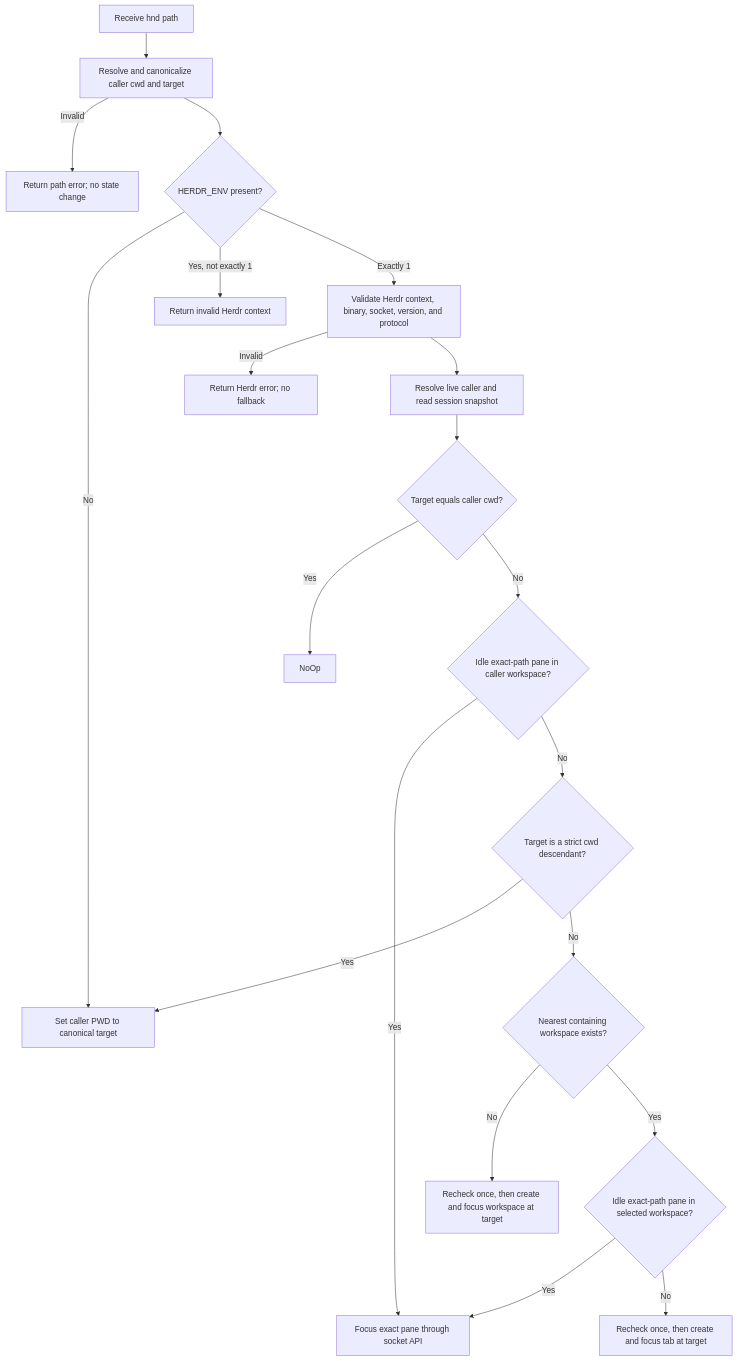
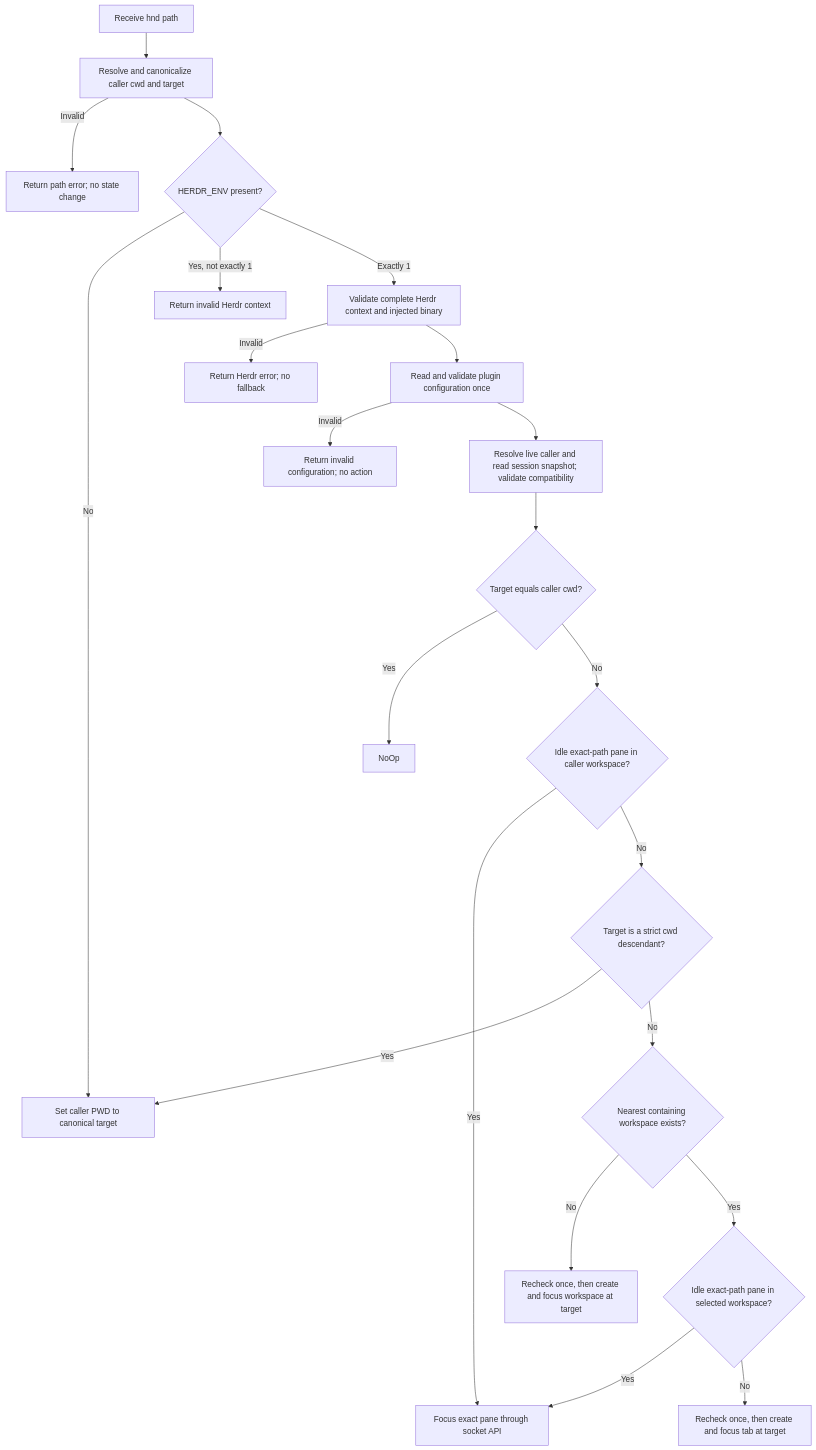
Before and after one commit to chuang861012/nu_herdr_navigate_directory: the diagram in docs/system-design.md, drawn with Mermaid. The commit also changed other lines of this file and 12 other files, not shown here.

````diff
--- a/docs/system-design.md
+++ b/docs/system-design.md
@@ -347,22 +396,24 @@
 ```mermaid
 flowchart TD
     A[Receive hnd path] --> B[Resolve and canonicalize caller cwd and target]
     B -->|Invalid| E1[Return path error; no state change]
     B --> C{HERDR_ENV present?}
     C -->|No| D[Set caller PWD to canonical target]
     C -->|Yes, not exactly 1| E2[Return invalid Herdr context]
-    C -->|Exactly 1| F[Validate Herdr context, binary, socket, version, and protocol]
+    C -->|Exactly 1| F[Validate complete Herdr context and injected binary]
     F -->|Invalid| E3[Return Herdr error; no fallback]
-    F --> G[Resolve live caller and read session snapshot]
+    F --> Q[Read and validate plugin configuration once]
+    Q -->|Invalid| E4[Return invalid configuration; no action]
+    Q --> G[Resolve live caller and read session snapshot; validate compatibility]
     G --> H{Target equals caller cwd?}
     H -->|Yes| N[NoOp]
     H -->|No| I{Idle exact-path pane in caller workspace?}
     I -->|Yes| J[Focus exact pane through socket API]
     I -->|No| K{Target is a strict cwd descendant?}
     K -->|Yes| D
     K -->|No| L{Nearest containing workspace exists?}
     L -->|No| M[Recheck once, then create and focus workspace at target]
     L -->|Yes| O{Idle exact-path pane in selected workspace?}
     O -->|Yes| J
     O -->|No| P[Recheck once, then create and focus tab at target]
 ```
````
